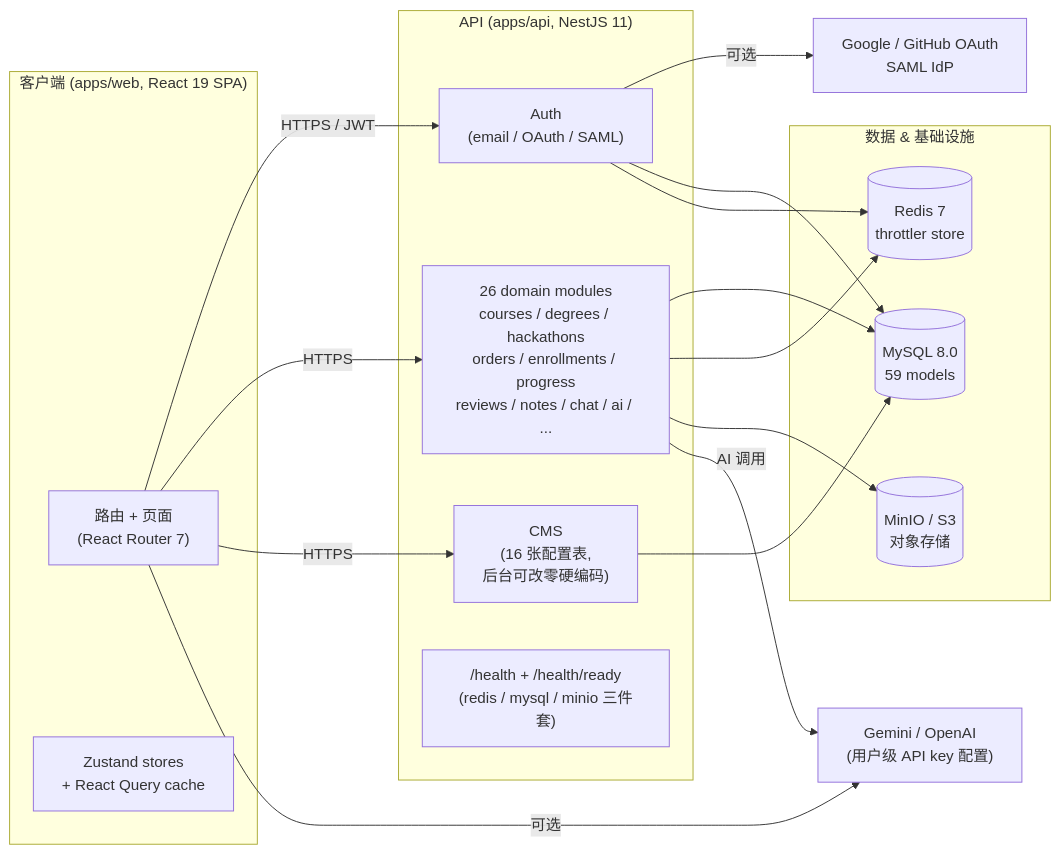
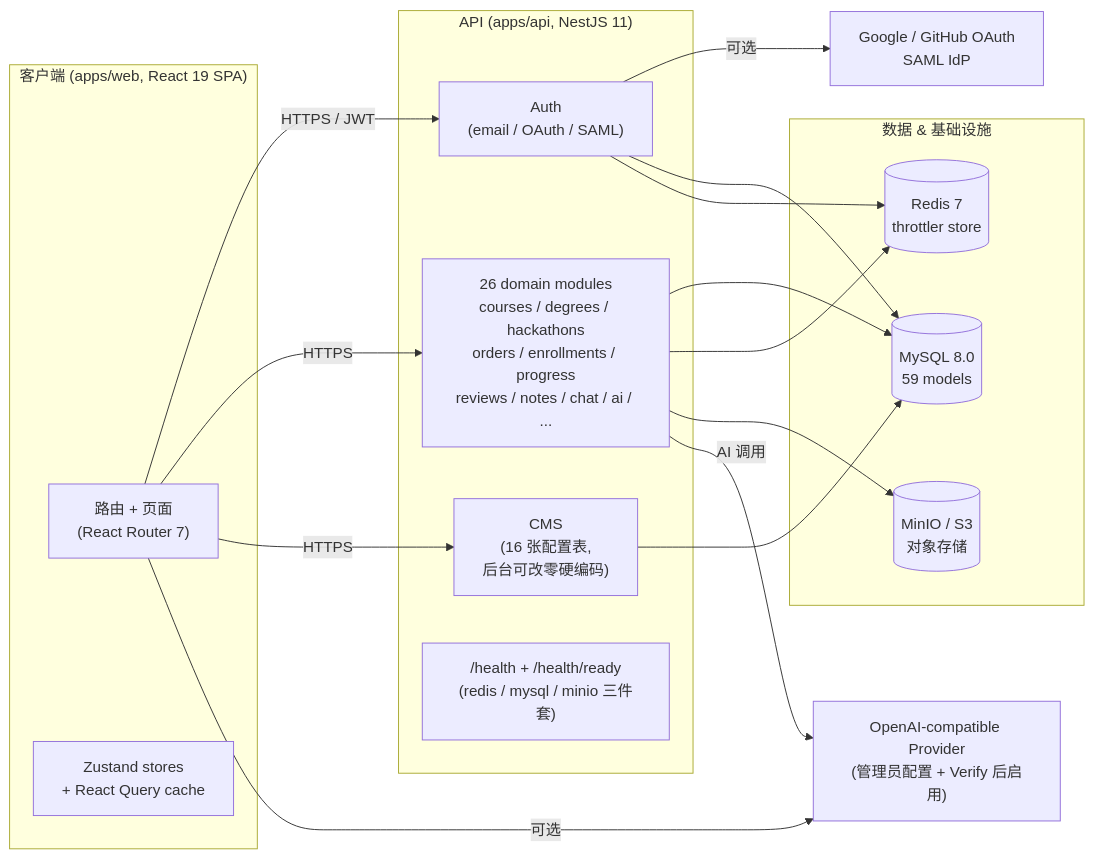
One commit to frankfika/AICourse changed the first of 3 diagrams in README.md. Above: the diagram before and after it, drawn with Mermaid. The commit also changed other lines of this file and 410 other files, not shown here.

````diff
--- a/README.md
+++ b/README.md
@@ -21,36 +22,36 @@
 ```mermaid
 flowchart LR
   subgraph CLIENT["客户端 (apps/web, React 19 SPA)"]
     UI["路由 + 页面<br/>(React Router 7)"]
     STATE["Zustand stores<br/>+ React Query cache"]
   end
 
   subgraph API["API (apps/api, NestJS 11)"]
     AUTH["Auth<br/>(email / OAuth / SAML)"]
     DOMAIN["26 domain modules<br/>courses / degrees / hackathons<br/>orders / enrollments / progress<br/>reviews / notes / chat / ai / ..."]
     CMS["CMS<br/>(16 张配置表,<br/>后台可改零硬编码)"]
     HEALTH["/health + /health/ready<br/>(redis / mysql / minio 三件套)"]
   end
 
   subgraph DATA["数据 & 基础设施"]
     MYSQL[("MySQL 8.0<br/>59 models")]
     REDIS[("Redis 7<br/>throttler store")]
     S3[("MinIO / S3<br/>对象存储")]
   end
 
-  GEMINI["Gemini / OpenAI<br/>(用户级 API key 配置)"]
+  LLM["OpenAI-compatible Provider<br/>(管理员配置 + Verify 后启用)"]
   OAUTH["Google / GitHub OAuth<br/>SAML IdP"]
 
   UI -->|HTTPS / JWT| AUTH
   UI -->|HTTPS| DOMAIN
   UI -->|HTTPS| CMS
-  UI -->|可选| GEMINI
+  UI -->|可选| LLM
   AUTH -->|可选| OAUTH
   DOMAIN --> MYSQL
   DOMAIN --> REDIS
   DOMAIN --> S3
-  DOMAIN -->|AI 调用| GEMINI
+  DOMAIN -->|AI 调用| LLM
   AUTH --> MYSQL
   AUTH --> REDIS
   CMS --> MYSQL
 ```
````
